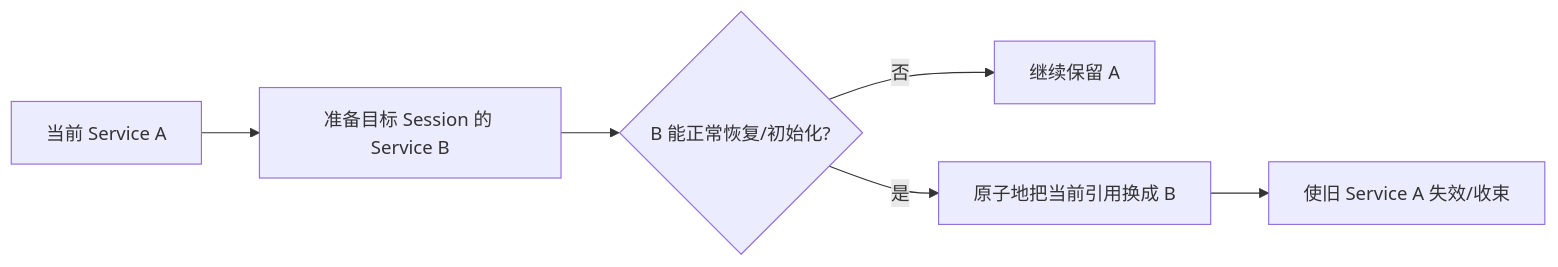
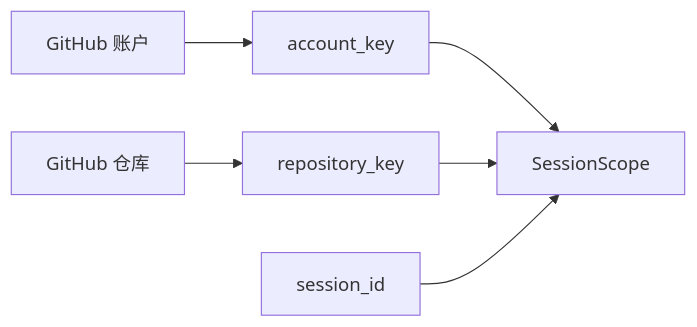
Before and after one commit to Arthur999459up/GitAgent: the fifth of 12 diagrams in docs/13-application-config-and-prompts.md, drawn with Mermaid. The commit also changed other lines of this file and 16 other files, not shown here.

````diff
--- a/docs/13-application-config-and-prompts.md
+++ b/docs/13-application-config-and-prompts.md
@@ -173,8 +242,8 @@
 ```mermaid
 flowchart LR
-    A[当前 Service A] --> P[准备目标 Session 的 Service B]
-    P --> V{B 能正常恢复/初始化?}
-    V -->|否| K[继续保留 A]
-    V -->|是| S[原子地把当前引用换成 B]
-    S --> I[使旧 Service A 失效/收束]
+    A[GitHub 账户] --> AK[account_key]
+    R[GitHub 仓库] --> RK[repository_key]
+    AK --> S[SessionScope]
+    RK --> S
+    SID[session_id] --> S
 ```
````
